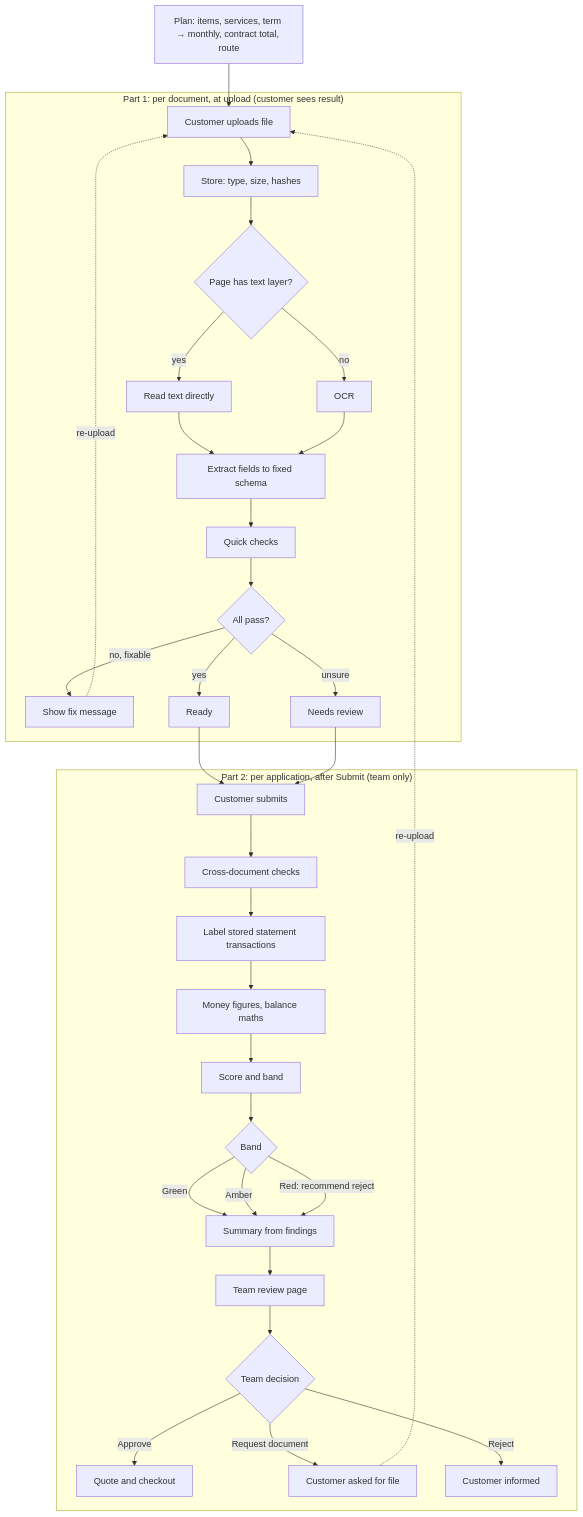
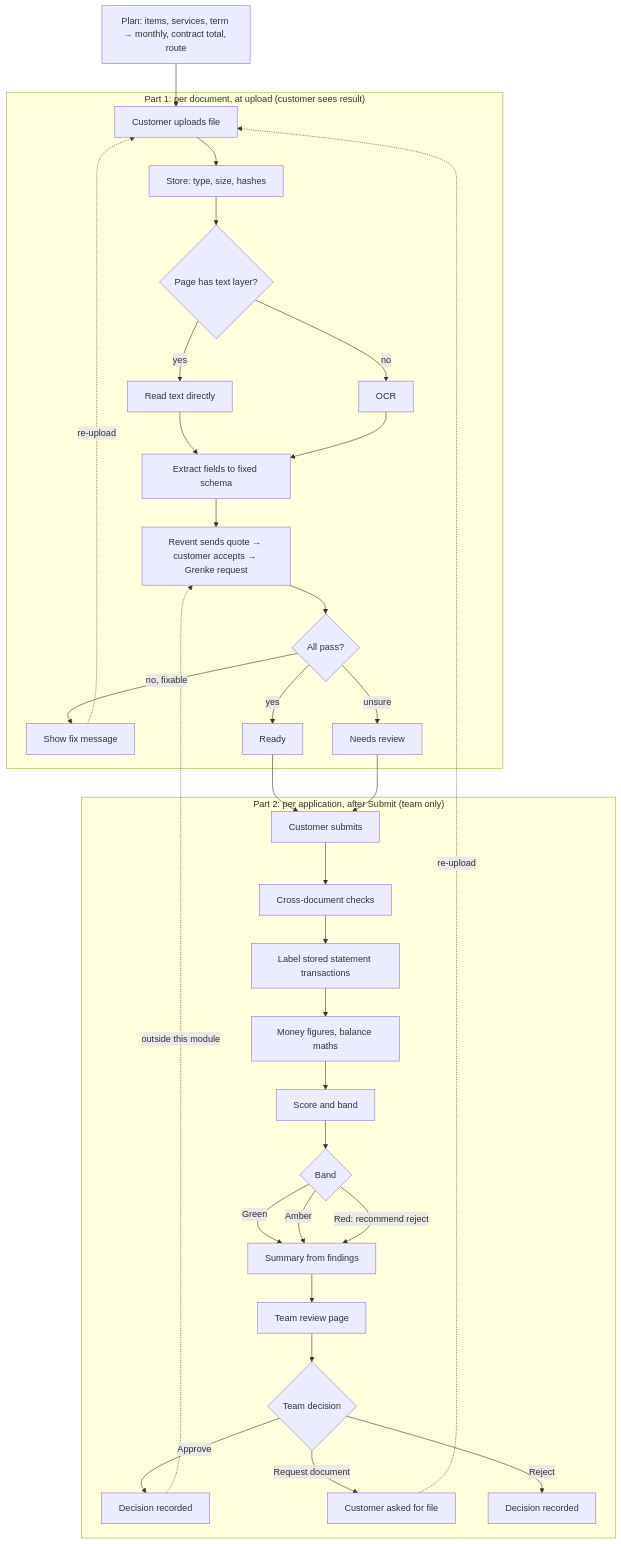
One commit to pgade-02/revent-business-kyc changed the diagram in docs/ARCHITECTURE.md. Above: the diagram before and after it, drawn with Mermaid. The commit also changed other lines of this file and 1 other file, not shown here.

First line of the commit message:
docs: module ends at the score card; live-site KYC fields

````diff
--- a/docs/ARCHITECTURE.md
+++ b/docs/ARCHITECTURE.md
@@ -25,39 +25,40 @@
 ```mermaid
 flowchart TD
     PL[Plan: items, services, term → monthly, contract total, route] --> U
     subgraph P1["Part 1: per document, at upload (customer sees result)"]
         U[Customer uploads file] --> S[Store: type, size, hashes]
         S --> R{Page has text layer?}
         R -- yes --> T[Read text directly]
         R -- no --> O[OCR]
         T --> X[Extract fields to fixed schema]
         O --> X
         X --> Q[Quick checks]
         Q --> D{All pass?}
         D -- no, fixable --> F[Show fix message]
         F -. re-upload .-> U
         D -- unsure --> NR[Needs review]
         D -- yes --> OK[Ready]
     end
 
     OK --> SUB[Customer submits]
     NR --> SUB
 
     subgraph P2["Part 2: per application, after Submit (team only)"]
         SUB --> C[Cross-document checks]
         C --> L[Label stored statement transactions]
         L --> M[Money figures, balance maths]
         M --> SC[Score and band]
         SC --> B{Band}
         B -- Green --> SUM[Summary from findings]
         B -- Amber --> SUM
         B -- Red: recommend reject --> SUM
         SUM --> REV[Team review page]
         REV --> A{Team decision}
-        A -- Approve --> AP[Quote and checkout]
+        A -- Approve --> AP[Decision recorded]
         A -- Request document --> RQ[Customer asked for file]
-        A -- Reject --> RJ[Customer informed]
+        A -- Reject --> RJ[Decision recorded]
     end
 
+    AP -. outside this module .-> Q[Revent sends quote → customer accepts → Grenke request]
     RQ -. re-upload .-> U
 ```
````
